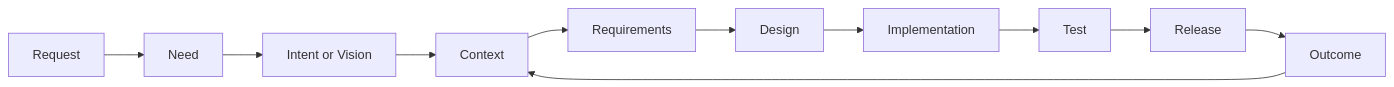
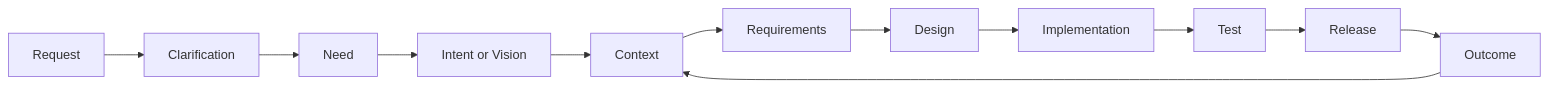
Before and after one commit to popcoondev/ai-organization-framework: the first of 2 diagrams in docs/aidlc-pilot.md, drawn with Mermaid. The commit also changed other lines of this file and 4 other files, not shown here.

Commit message:
Add runtime and clarification design

````diff
--- a/docs/aidlc-pilot.md
+++ b/docs/aidlc-pilot.md
@@ -20,16 +24,17 @@
 ```mermaid
 flowchart LR
     request[Request]
+    clarify[Clarification]
     need[Need]
     intent[Intent or Vision]
     context[Context]
     req[Requirements]
     design[Design]
     impl[Implementation]
     test[Test]
     release[Release]
     outcome[Outcome]
 
-    request --> need --> intent --> context --> req --> design --> impl --> test --> release --> outcome
+    request --> clarify --> need --> intent --> context --> req --> design --> impl --> test --> release --> outcome
     outcome --> context
 ```
````
